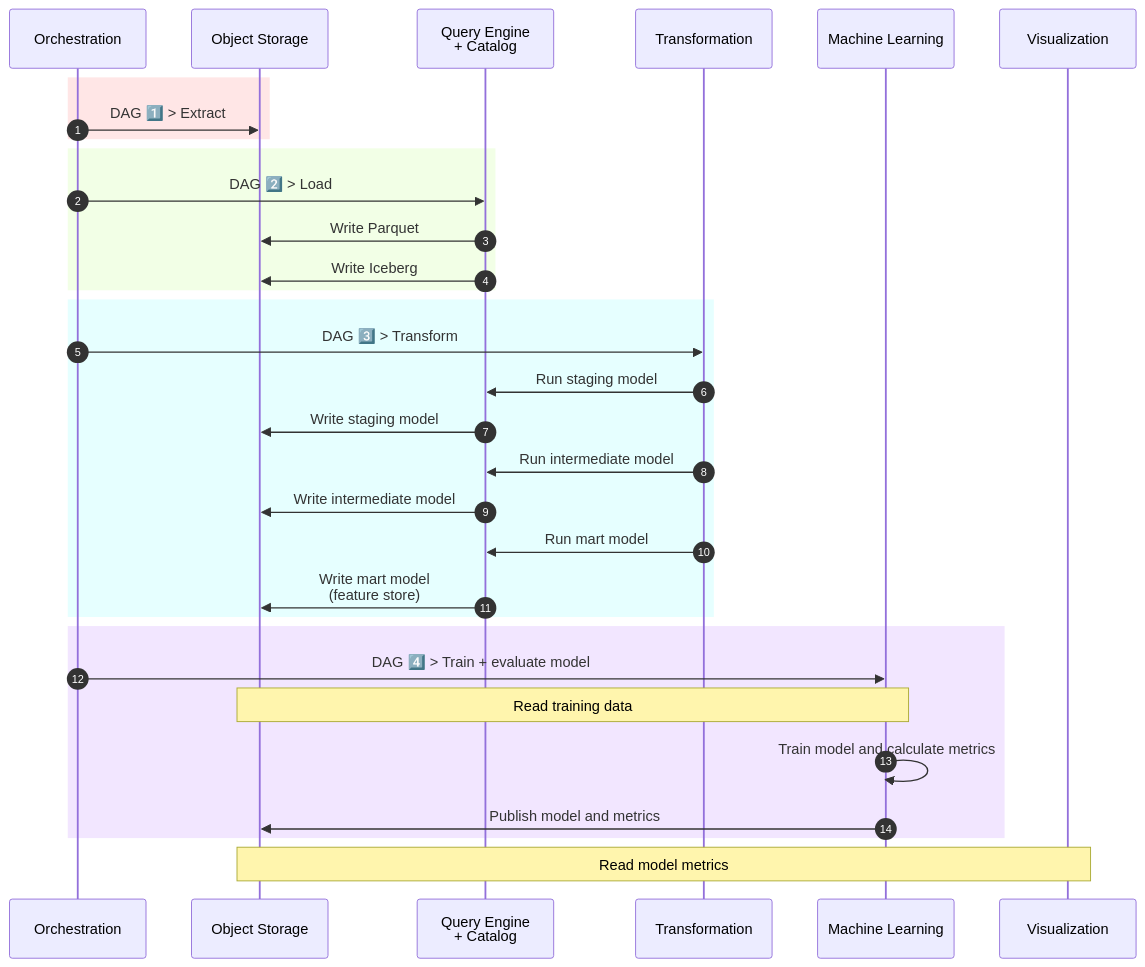
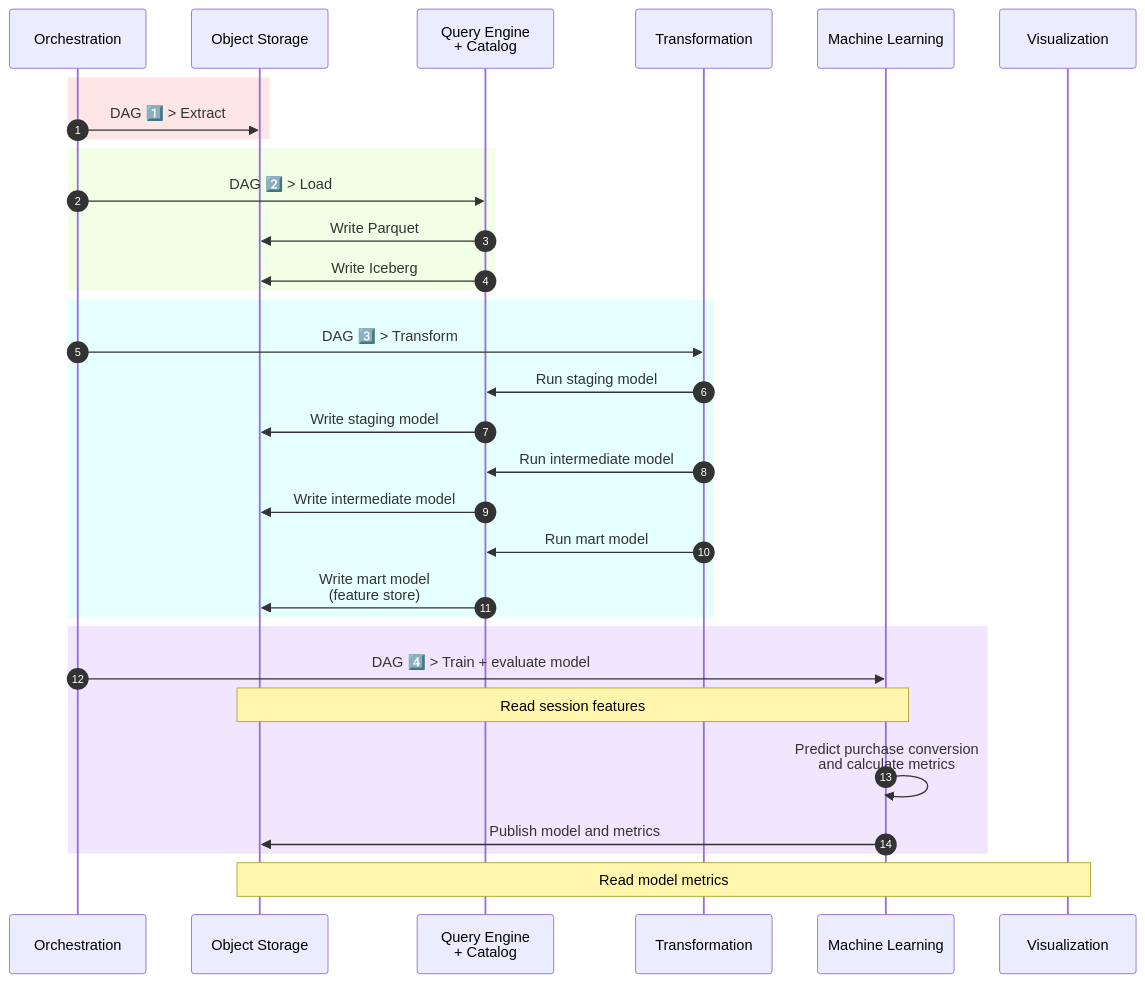
Before and after one commit to Rez99/data-engineering-portfolio: the first of 2 diagrams in project-1-lakehouse/README.md, drawn with Mermaid. The commit also changed other lines of this file, not shown here.

Commit message:
Refactor README.md for clarity and detail in project description and architecture

````diff
--- a/project-1-lakehouse/README.md
+++ b/project-1-lakehouse/README.md
@@ -37,42 +33,42 @@
 ```mermaid
 sequenceDiagram
     autonumber
 
     participant Orchestration
     participant ObjectStorage as Object Storage
     participant QueryEngine as Query Engine<br/>+ Catalog
     participant Transformation
     participant ML as Machine Learning
     participant Visualization
 
     rect rgb(255, 230, 230)
         Orchestration->>ObjectStorage: DAG 1️⃣ > Extract
     end
 
     rect rgb(242, 255, 230)
         Orchestration->>QueryEngine: DAG 2️⃣ > Load
         QueryEngine->>ObjectStorage: Write Parquet
         QueryEngine->>ObjectStorage: Write Iceberg
     end
 
     rect rgb(230, 255, 255)
         Orchestration->>Transformation: DAG 3️⃣ > Transform
         Transformation->>QueryEngine: Run staging model
         QueryEngine->>ObjectStorage: Write staging model
 
         Transformation->>QueryEngine: Run intermediate model
         QueryEngine->>ObjectStorage: Write intermediate model
 
         Transformation->>QueryEngine: Run mart model
         QueryEngine->>ObjectStorage: Write mart model<br/>(feature store)
     end
 
     rect rgb(242, 230, 255)
         Orchestration->>ML: DAG 4️⃣ > Train + evaluate model
-        Note over ObjectStorage,ML: Read training data
-        ML->>ML: Train model and calculate metrics
+        Note over ObjectStorage,ML: Read session features
+        ML->>ML: Predict purchase conversion<br/>and calculate metrics
         ML->>ObjectStorage: Publish model and metrics
     end
 
     Note over ObjectStorage,Visualization: Read model metrics
 ```
````
